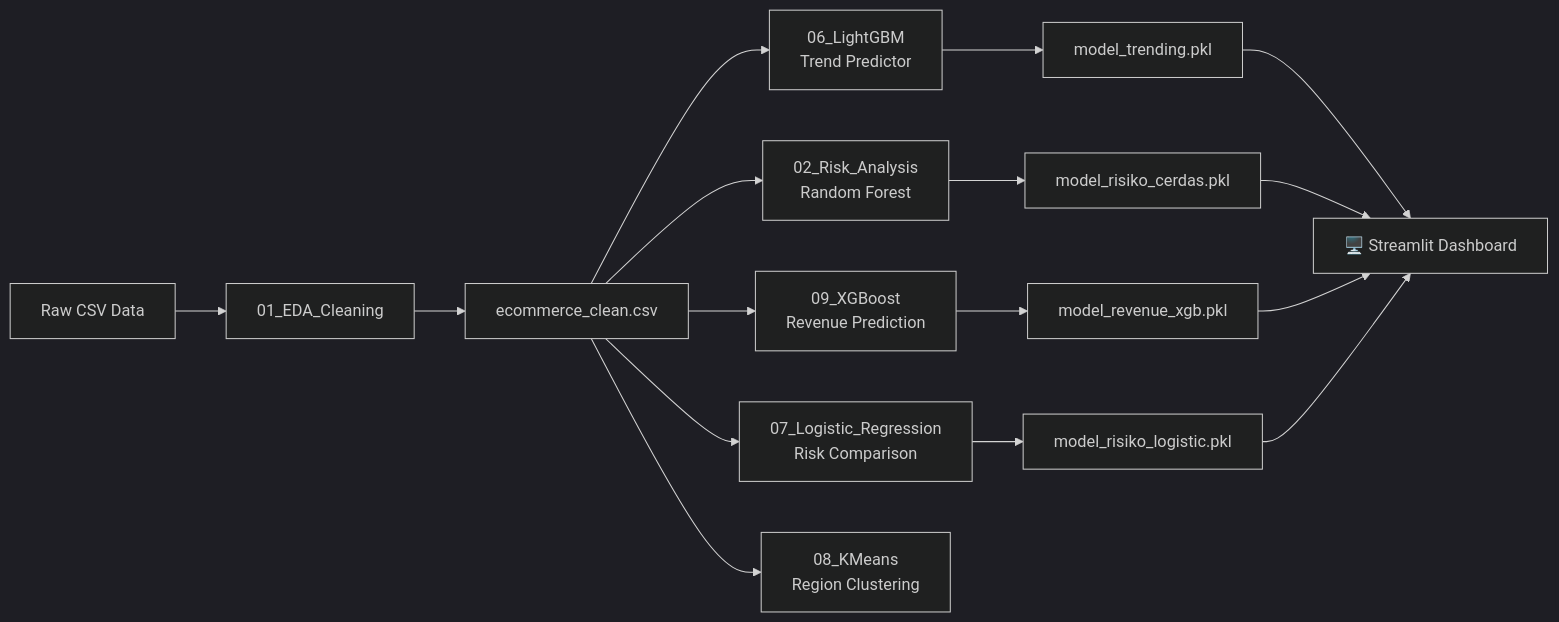
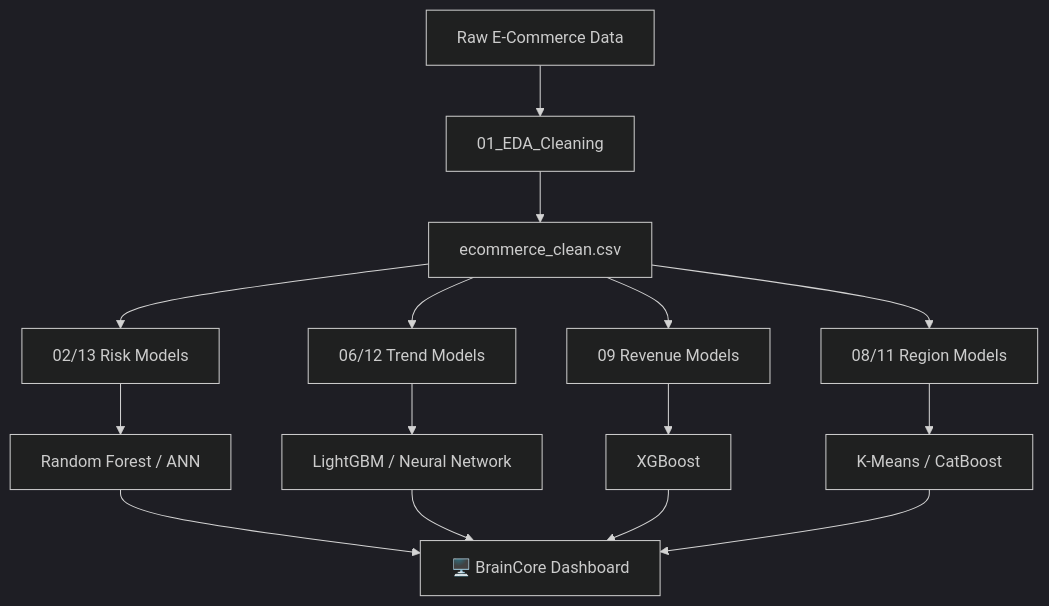
One commit to zakiakrom/yapayzeka changed the diagram in README.md. Above: the diagram before and after it, drawn with Mermaid (dark theme). The commit also changed other lines of this file and 4 other files, not shown here.

````diff
--- a/README.md
+++ b/README.md
@@ -107,18 +98,17 @@
 ```mermaid
-graph LR
-    A[Raw CSV Data] --> B[01_EDA_Cleaning]
+graph TD
+    A[Raw E-Commerce Data] --> B[01_EDA_Cleaning]
     B --> C[ecommerce_clean.csv]
-    C --> D[06_LightGBM<br/>Trend Predictor]
-    C --> E[02_Risk_Analysis<br/>Random Forest]
-    C --> F[09_XGBoost<br/>Revenue Prediction]
-    C --> G[07_Logistic_Regression<br/>Risk Comparison]
-    C --> H[08_KMeans<br/>Region Clustering]
-    D --> I[model_trending.pkl]
-    E --> J[model_risiko_cerdas.pkl]
-    F --> K[model_revenue_xgb.pkl]
-    G --> L[model_risiko_logistic.pkl]
-    I --> M[🖥️ Streamlit Dashboard]
-    J --> M
-    K --> M
-    L --> M
+    
+    C --> D1[02/13 Risk Models]
+    C --> D2[06/12 Trend Models]
+    C --> D3[09 Revenue Models]
+    C --> D4[08/11 Region Models]
+    
+    D1 --> E1[Random Forest / ANN]
+    D2 --> E2[LightGBM / Neural Network]
+    D3 --> E3[XGBoost]
+    D4 --> E4[K-Means / CatBoost]
+    
+    E1 & E2 & E3 & E4 --> F[🖥️ BrainCore Dashboard]
 ```
````
